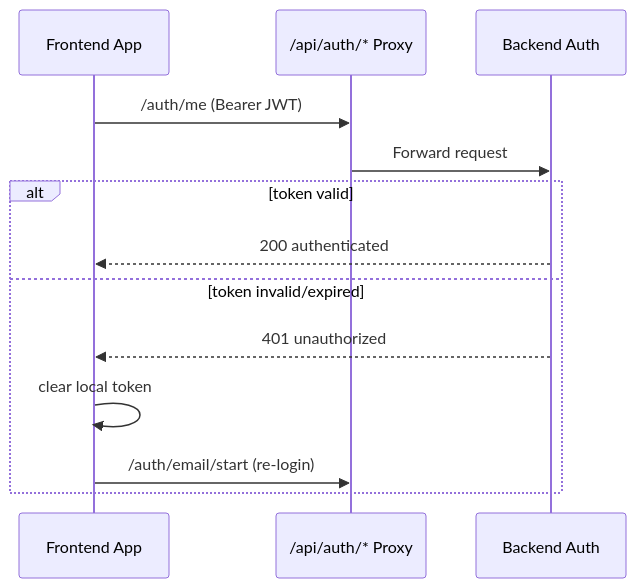
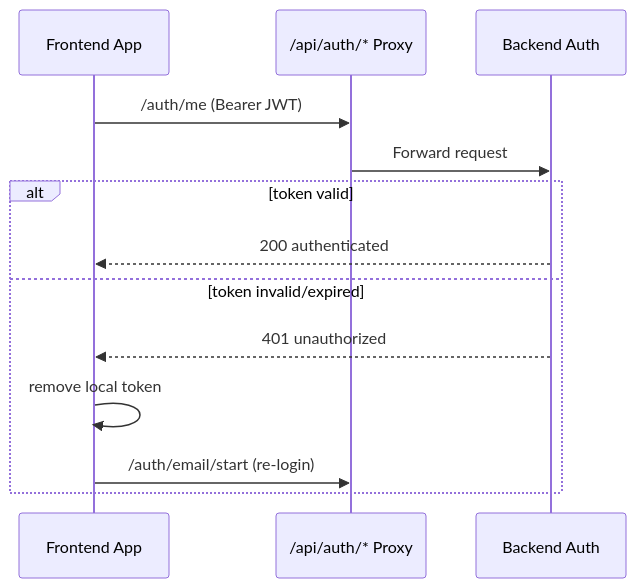
The first of 3 diagrams in README.md (Jeff-zhang921/CleanChat), drawn with Mermaid before and after one commit. The commit also changed other lines of this file and 13 other files, not shown here.

````diff
--- a/README.md
+++ b/README.md
@@ -79,16 +79,16 @@
 ```mermaid
 sequenceDiagram
   participant App as Frontend App
   participant API as /api/auth/* Proxy
   participant Auth as Backend Auth
 
   App->>API: /auth/me (Bearer JWT)
   API->>Auth: Forward request
   alt token valid
     Auth-->>App: 200 authenticated
   else token invalid/expired
     Auth-->>App: 401 unauthorized
-    App->>App: clear local token
+    App->>App: remove local token
     App->>API: /auth/email/start (re-login)
   end
 ```
````
